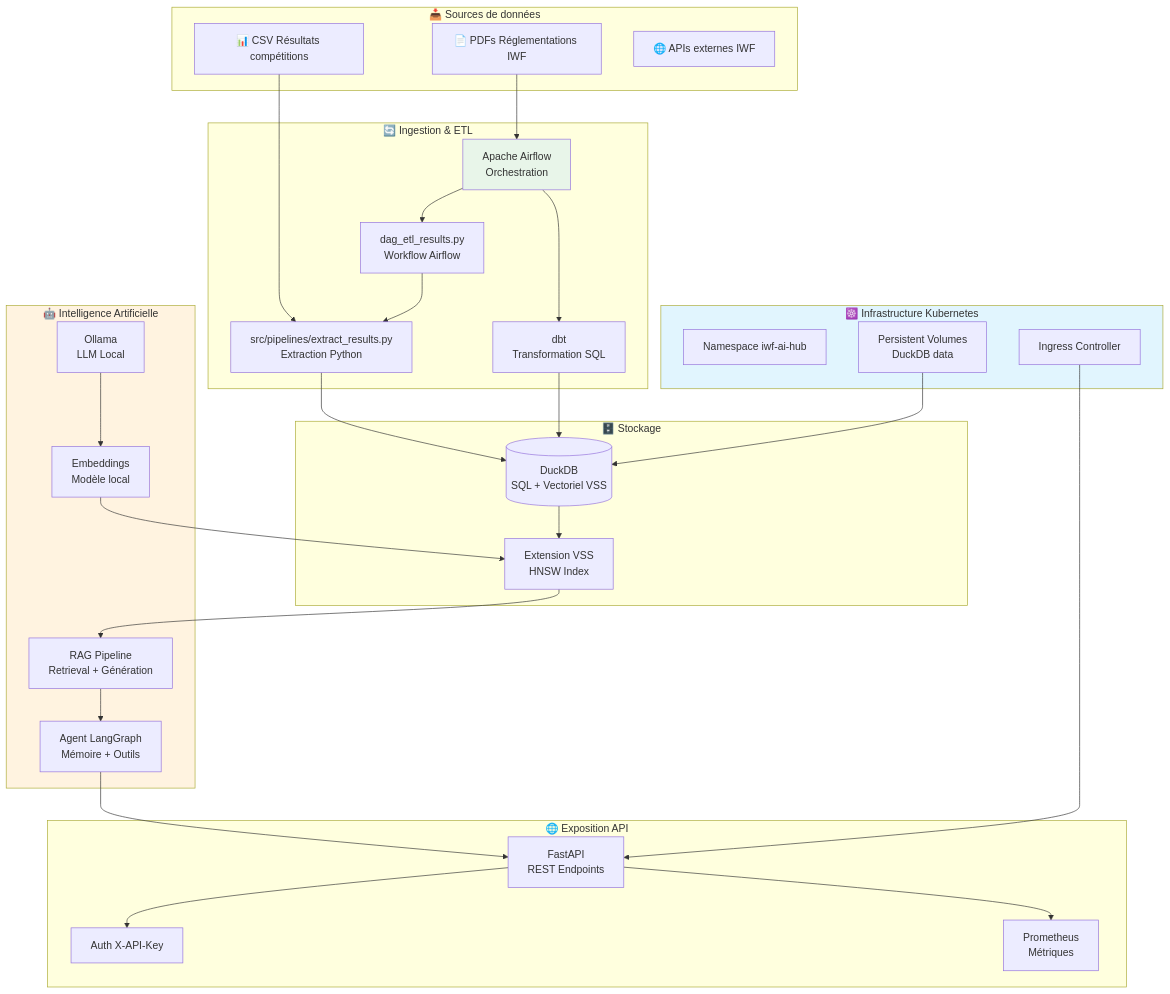
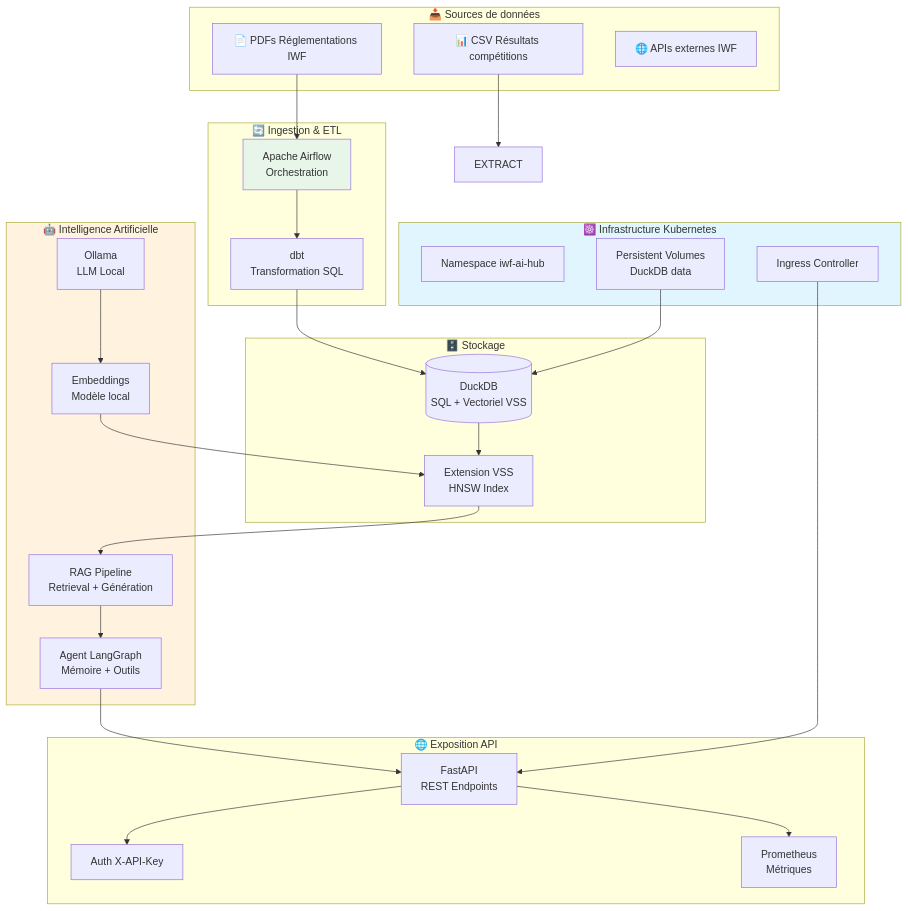
The diagram in README.md (gautbl/iwf-ai-hub), drawn with Mermaid before and after one commit.

````diff
--- a/README.md
+++ b/README.md
@@ -24,66 +24,60 @@
 ```mermaid
 graph TB
 
     subgraph DataSources["📥 Sources de données"]
         PDF[📄 PDFs Réglementations IWF]
         CSV[📊 CSV Résultats compétitions]
         API_EXT[🌐 APIs externes IWF]
     end
 
     subgraph Ingestion["🔄 Ingestion & ETL"]
         AIRFLOW[Apache Airflow<br/>Orchestration]
-        DAG_ETL[dag_etl_results.py<br/>Workflow Airflow]
-        EXTRACT[src/pipelines/extract_results.py<br/>Extraction Python]
         DBT[dbt<br/>Transformation SQL]
     end
 
     subgraph Storage["🗄️ Stockage"]
         DUCKDB[(DuckDB<br/>SQL + Vectoriel VSS)]
         VSS[Extension VSS<br/>HNSW Index]
     end
 
     subgraph AI["🤖 Intelligence Artificielle"]
         OLLAMA[Ollama<br/>LLM Local]
         EMBED[Embeddings<br/>Modèle local]
         RAG[RAG Pipeline<br/>Retrieval + Génération]
         AGENT[Agent LangGraph<br/>Mémoire + Outils]
     end
 
     subgraph API["🌐 Exposition API"]
         FASTAPI[FastAPI<br/>REST Endpoints]
         AUTH[Auth X-API-Key]
         MONITOR[Prometheus<br/>Métriques]
     end
 
     subgraph K8s["☸️ Infrastructure Kubernetes"]
         NS[Namespace iwf-ai-hub]
         INGRESS[Ingress Controller]
         PV[Persistent Volumes<br/>DuckDB data]
     end
 
     CSV --> EXTRACT
-    AIRFLOW --> DAG_ETL
-    DAG_ETL --> EXTRACT
-    EXTRACT --> DUCKDB
-	
     PDF --> AIRFLOW
     AIRFLOW --> DBT
     DBT --> DUCKDB
     
     DUCKDB --> VSS
     VSS --> RAG
     OLLAMA --> EMBED
     EMBED --> VSS
     RAG --> AGENT
     
     AGENT --> FASTAPI
     FASTAPI --> AUTH
     FASTAPI --> MONITOR
     
     INGRESS --> FASTAPI
     PV --> DUCKDB
     
     style K8s fill:#e1f5fe
     style AI fill:#fff3e0
     style AIRFLOW fill:#e8f5e9
 ```
````
